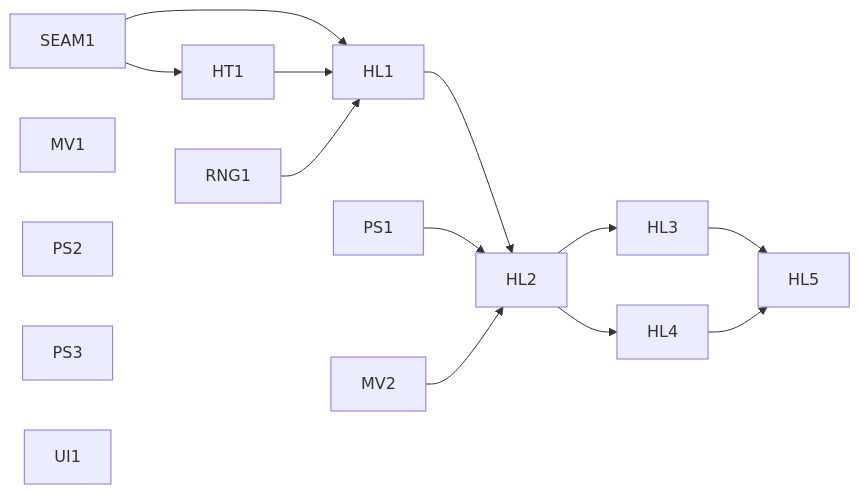
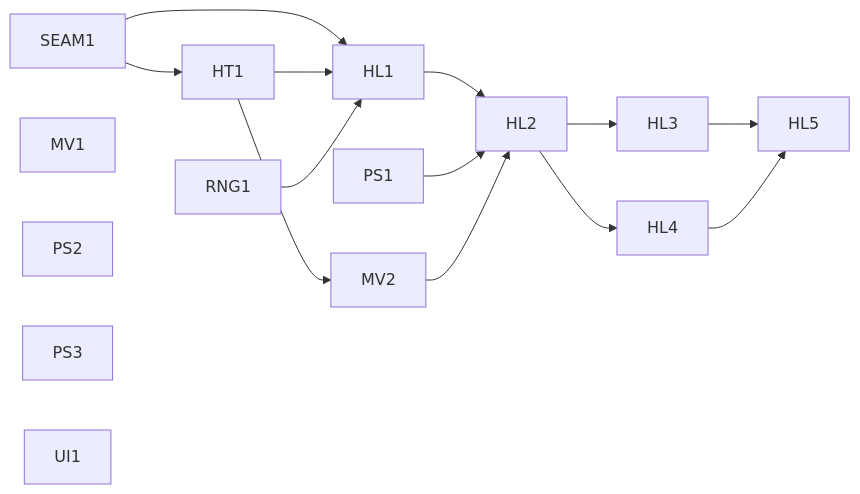
The diagram in docs/testing-roadmap.md (lollek/omoria), drawn with Mermaid before and after one commit. The commit also changed other lines of this file, not shown here.

Commit message:
update testing roadmap

````diff
--- a/docs/testing-roadmap.md
+++ b/docs/testing-roadmap.md
@@ -114,18 +114,19 @@
 ```mermaid
 graph LR
   SEAM1 --> HT1
   SEAM1 --> HL1
   HT1 --> HL1
+  HT1 --> MV2
   RNG1 --> HL1
   HL1 --> HL2
   PS1 --> HL2
   MV2 --> HL2
   HL2 --> HL3
   HL2 --> HL4
   HL3 --> HL5
   HL4 --> HL5
   MV1
   PS2
   PS3
   UI1
 ```
````
